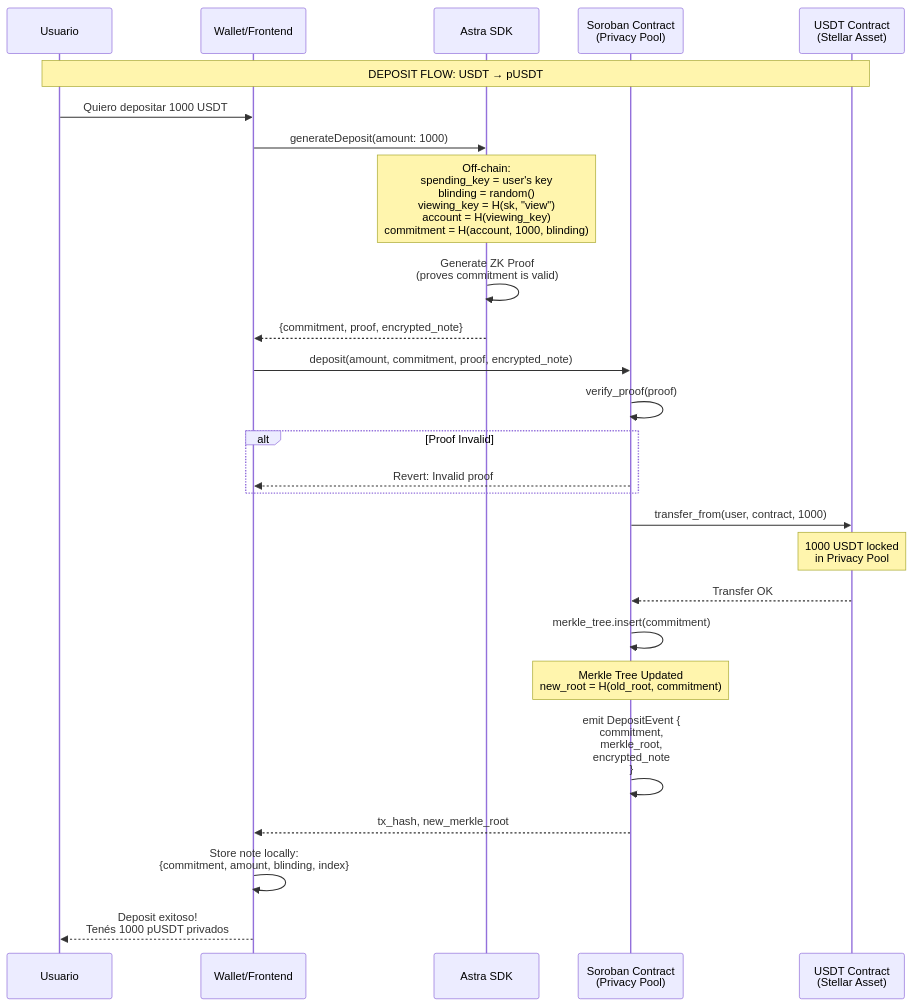
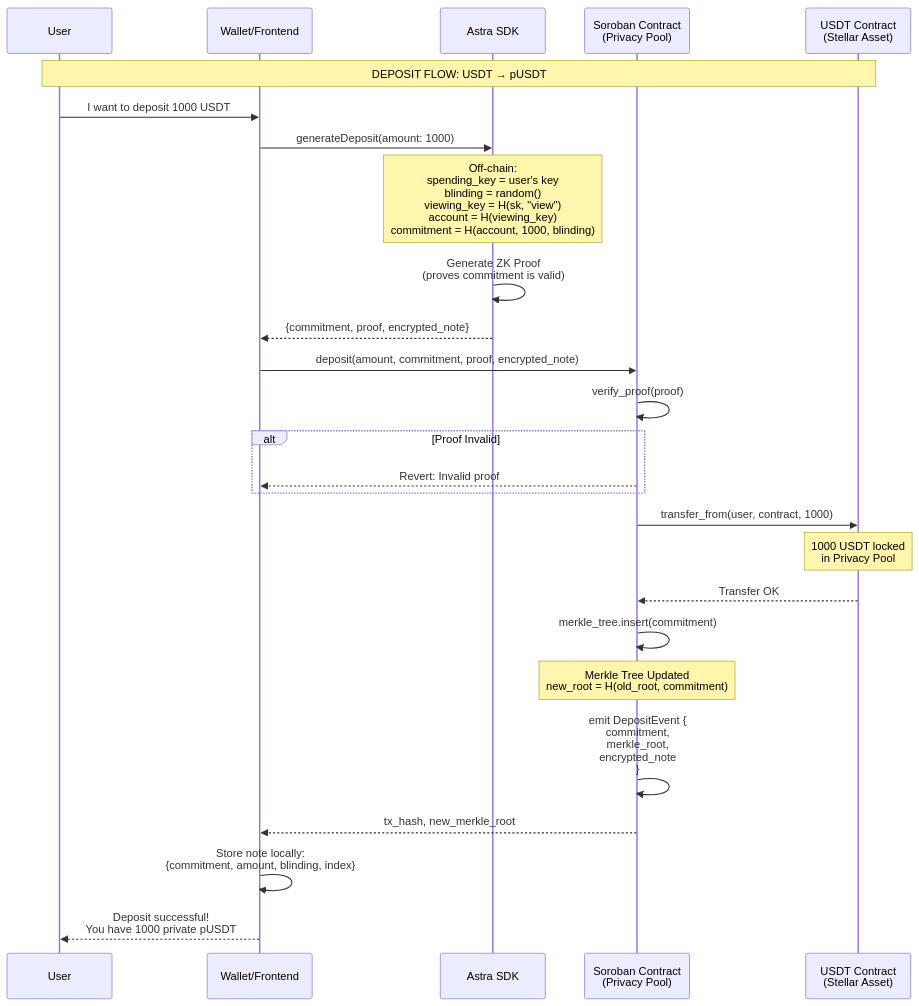
The first of 3 diagrams in packages/circuits/docs/FLOWS.md (francoperez03/astra-zk), drawn with Mermaid before and after one commit. The commit also changed other lines of this file, not shown here.

First line of the commit message:
Translate and update Astra Privacy System flows doc

````diff
--- a/packages/circuits/docs/FLOWS.md
+++ b/packages/circuits/docs/FLOWS.md
@@ -45,53 +45,53 @@
 ```mermaid
 sequenceDiagram
-    participant U as Usuario
+    participant U as User
     participant W as Wallet/Frontend
     participant SDK as Astra SDK
     participant SC as Soroban Contract<br/>(Privacy Pool)
     participant USDT as USDT Contract<br/>(Stellar Asset)
 
     Note over U,USDT: DEPOSIT FLOW: USDT → pUSDT
 
     %% Step 1: User initiates
-    U->>W: Quiero depositar 1000 USDT
+    U->>W: I want to deposit 1000 USDT
 
     %% Step 2: Generate commitment off-chain
     W->>SDK: generateDeposit(amount: 1000)
 
     Note over SDK: Off-chain:<br/>spending_key = user's key<br/>blinding = random()<br/>viewing_key = H(sk, "view")<br/>account = H(viewing_key)<br/>commitment = H(account, 1000, blinding)
 
     SDK->>SDK: Generate ZK Proof<br/>(proves commitment is valid)
 
     SDK-->>W: {commitment, proof, encrypted_note}
 
     %% Step 3: Call contract
     W->>SC: deposit(amount, commitment, proof, encrypted_note)
 
     %% Step 4: Contract verifies and locks
     SC->>SC: verify_proof(proof)
 
     alt Proof Invalid
         SC-->>W: Revert: Invalid proof
     end
 
     SC->>USDT: transfer_from(user, contract, 1000)
 
     Note over USDT: 1000 USDT locked<br/>in Privacy Pool
 
     USDT-->>SC: Transfer OK
 
     %% Step 5: Update Merkle tree
     SC->>SC: merkle_tree.insert(commitment)
 
     Note over SC: Merkle Tree Updated<br/>new_root = H(old_root, commitment)
 
     %% Step 6: Emit event
     SC->>SC: emit DepositEvent {<br/>  commitment,<br/>  merkle_root,<br/>  encrypted_note<br/>}
 
     SC-->>W: tx_hash, new_merkle_root
 
     %% Step 7: User stores note locally
     W->>W: Store note locally:<br/>{commitment, amount, blinding, index}
 
-    W-->>U: Deposit exitoso!<br/>Tenés 1000 pUSDT privados
+    W-->>U: Deposit successful!<br/>You have 1000 private pUSDT
 ```
````
